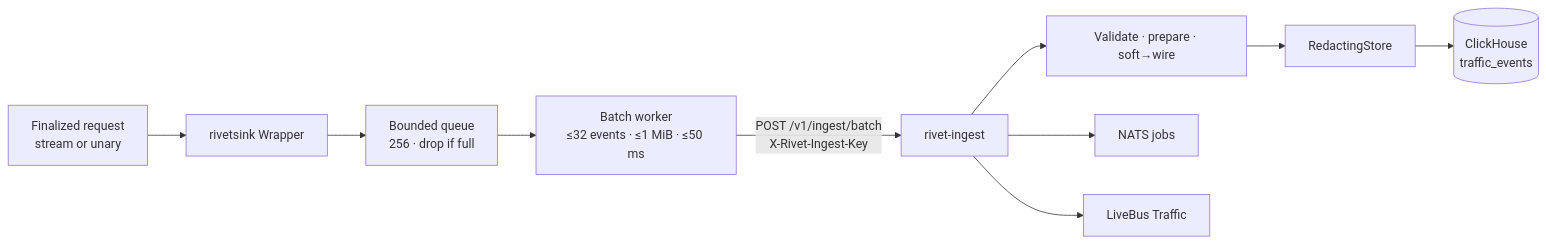
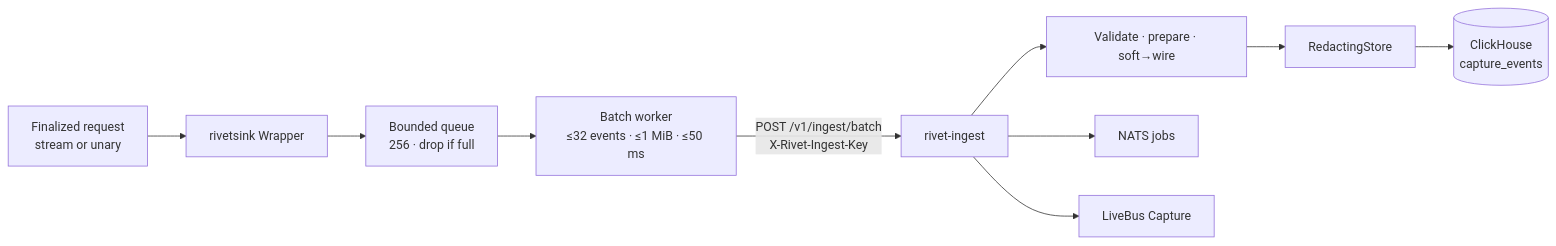
One commit to Rivethub/ExperimentOne changed the fourth of 13 diagrams in docs/architecture.md. Above: the diagram before and after it, drawn with Mermaid. The commit also changed other lines of this file and 96 other files, not shown here.

Commit message:
refactor(core): Replace traffic terminology with CaptureEvent (#50)

````diff
--- a/docs/architecture.md
+++ b/docs/architecture.md
@@ -251,12 +251,12 @@
 ```mermaid
 flowchart LR
   A[Finalized request<br/>stream or unary] --> B[rivetsink Wrapper]
   B --> C[Bounded queue<br/>256 · drop if full]
   C --> D[Batch worker<br/>≤32 events · ≤1 MiB · ≤50 ms]
   D -->|POST /v1/ingest/batch<br/>X-Rivet-Ingest-Key| E[rivet-ingest]
   E --> F[Validate · prepare · soft→wire]
   F --> G[RedactingStore]
-  G --> H[(ClickHouse<br/>traffic_events)]
+  G --> H[(ClickHouse<br/>capture_events)]
   E --> I[NATS jobs]
-  E --> J[LiveBus Traffic]
+  E --> J[LiveBus Capture]
 ```
````
